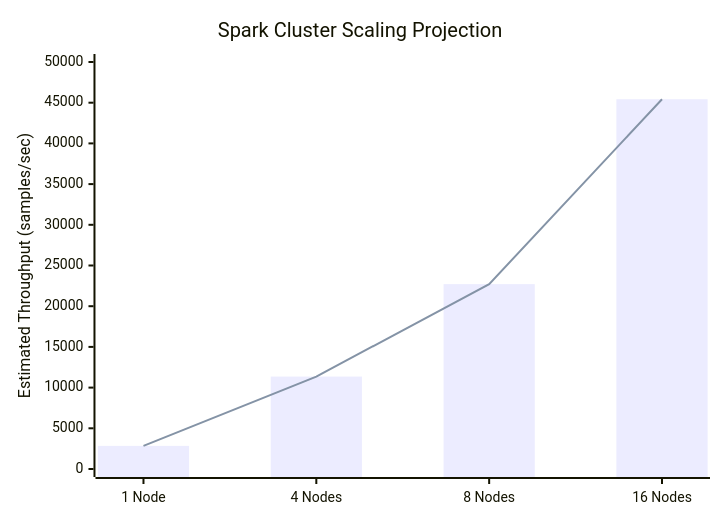
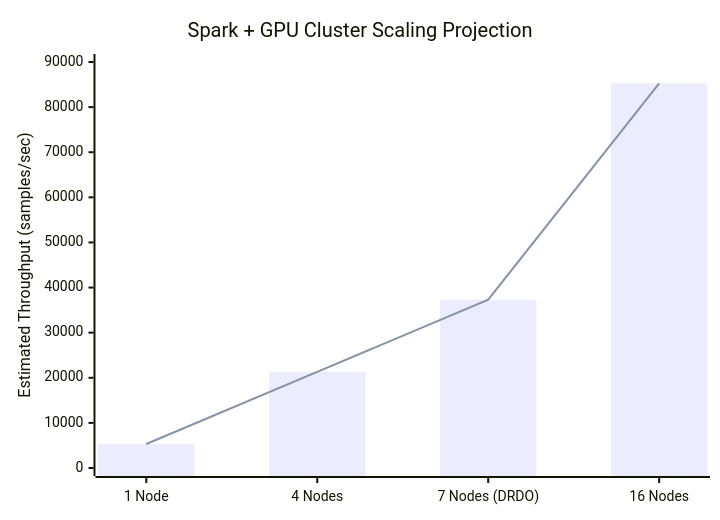
Before and after one commit to KRISHNA049039/multidimensional_spark_Poc: the fourth of 5 diagrams in pytorch-spark-inference-platform/docs/benchmark.md, drawn with Mermaid. The commit also changed other lines of this file, not shown here.

````diff
--- a/pytorch-spark-inference-platform/docs/benchmark.md
+++ b/pytorch-spark-inference-platform/docs/benchmark.md
@@ -173,9 +174,9 @@
 ```mermaid
 %%{init: {'theme': 'default'}}%%
 xychart-beta
-    title "Spark Cluster Scaling Projection"
-    x-axis ["1 Node", "4 Nodes", "8 Nodes", "16 Nodes"]
-    y-axis "Estimated Throughput (samples/sec)" 0 --> 50000
-    bar [2839, 11356, 22712, 45424]
-    line [2839, 11356, 22712, 45424]
+    title "Spark + GPU Cluster Scaling Projection"
+    x-axis ["1 Node", "4 Nodes", "7 Nodes (DRDO)", "16 Nodes"]
+    y-axis "Estimated Throughput (samples/sec)" 0 --> 90000
+    bar [5329, 21316, 37303, 85264]
+    line [5329, 21316, 37303, 85264]
 ```
````
